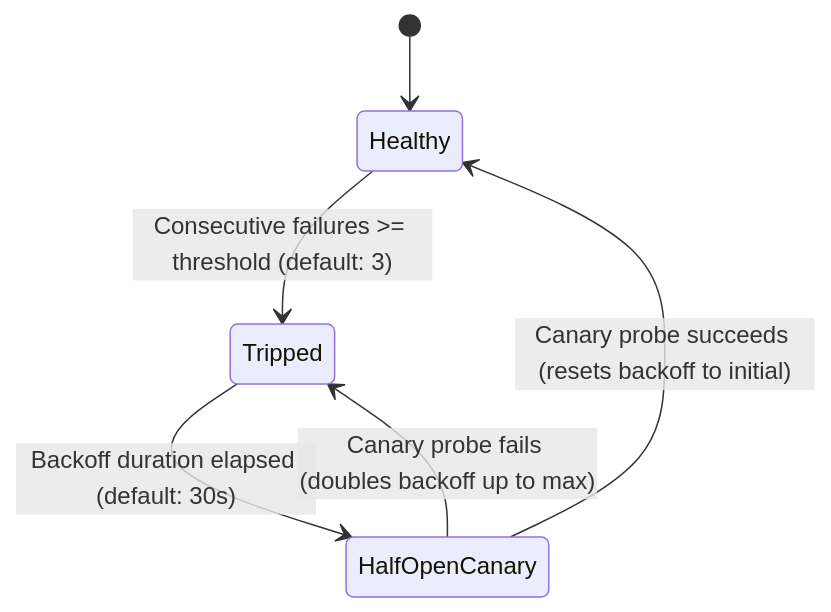
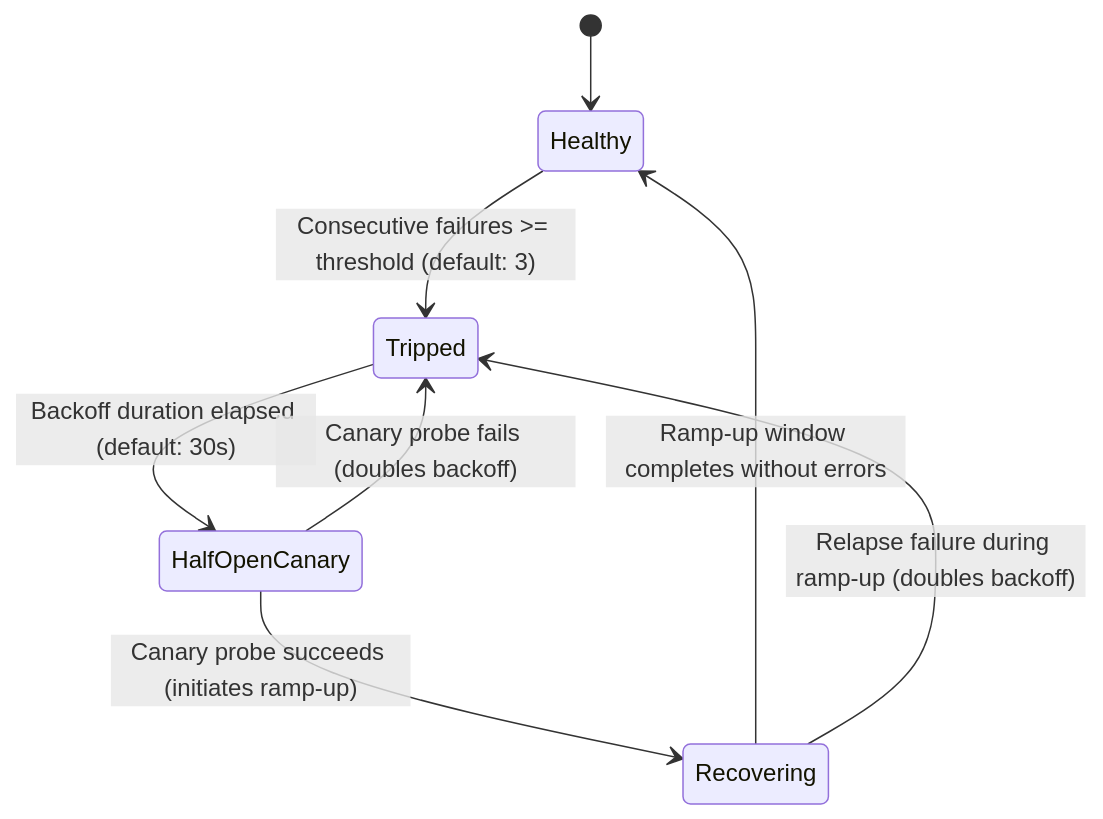
The diagram in docs/CIRCUIT_BREAKER.md (booksarestillbetter/synapse), drawn with Mermaid before and after one commit. The commit also changed other lines of this file and 14 other files, not shown here.

````diff
--- a/docs/CIRCUIT_BREAKER.md
+++ b/docs/CIRCUIT_BREAKER.md
@@ -28,8 +28,10 @@
 ```mermaid
 stateDiagram-v2
     [*] --> Healthy
     Healthy --> Tripped : Consecutive failures >= threshold (default: 3)
     Tripped --> HalfOpenCanary : Backoff duration elapsed (default: 30s)
-    HalfOpenCanary --> Healthy : Canary probe succeeds (resets backoff to initial)
-    HalfOpenCanary --> Tripped : Canary probe fails (doubles backoff up to max)
+    HalfOpenCanary --> Recovering : Canary probe succeeds (initiates ramp-up)
+    HalfOpenCanary --> Tripped : Canary probe fails (doubles backoff)
+    Recovering --> Healthy : Ramp-up window completes without errors
+    Recovering --> Tripped : Relapse failure during ramp-up (doubles backoff)
 ```
````
